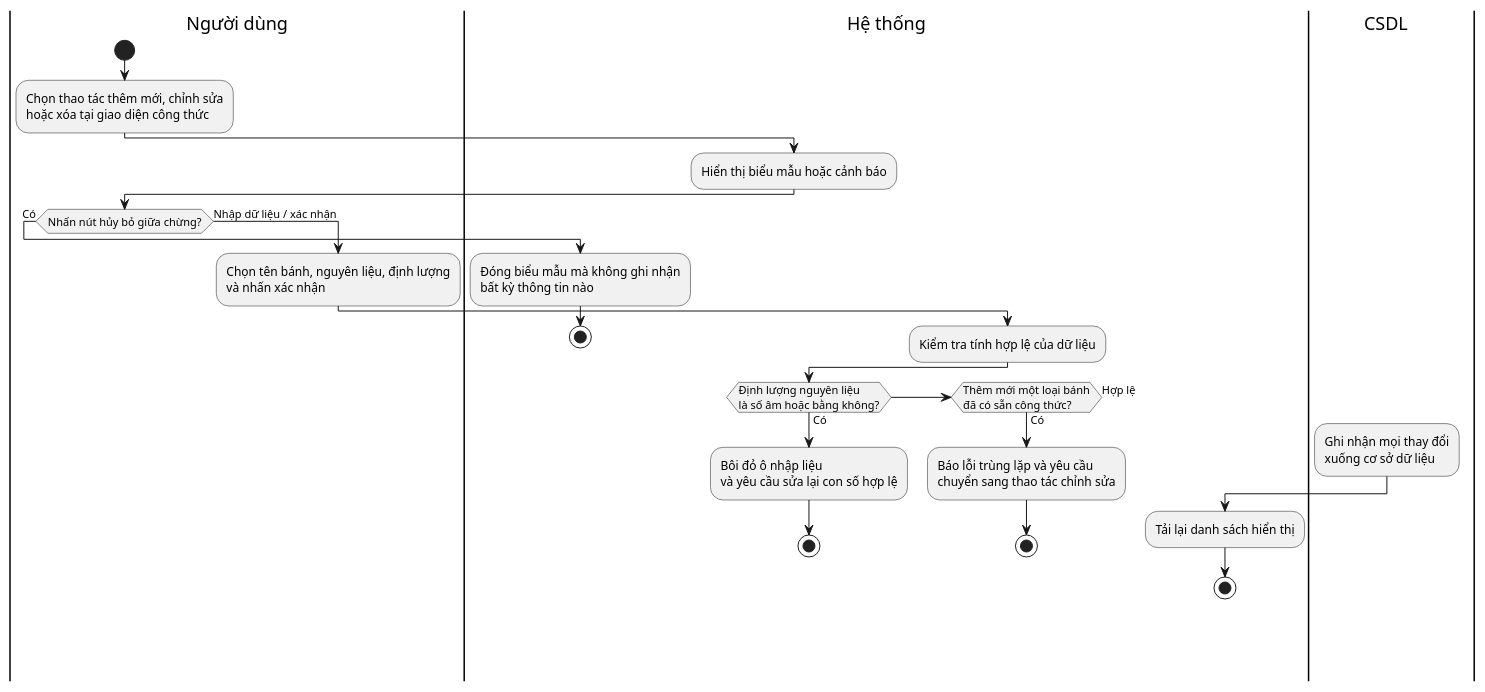
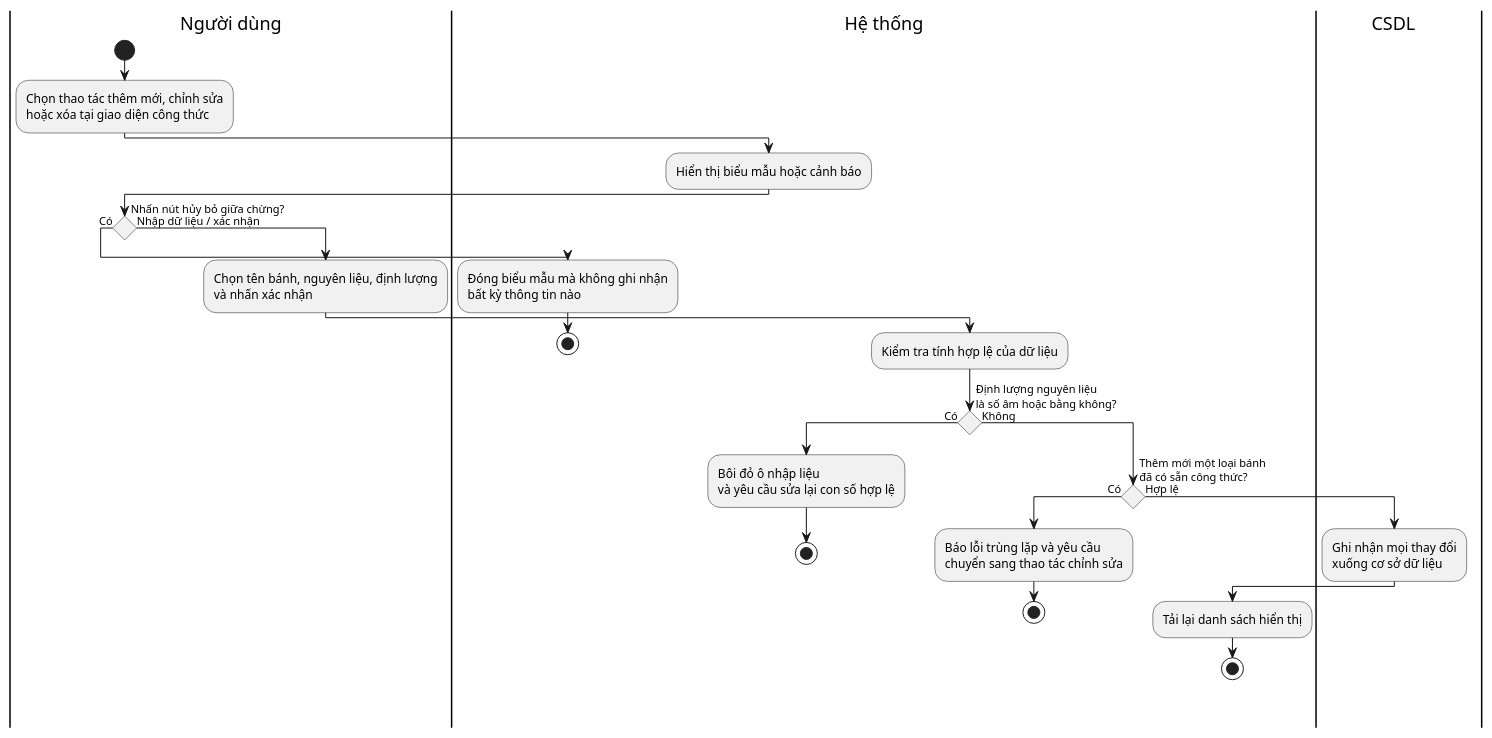
The diagram in activity_diagrams/20_ThemXoaSuaCongThuc.puml (lancelotviendangkhoa710/IS-System-Development), drawn with PlantUML before and after one commit. The commit also changed 44 other files, not shown here.

```diff
--- a/activity_diagrams/20_ThemXoaSuaCongThuc.puml
+++ b/activity_diagrams/20_ThemXoaSuaCongThuc.puml
@@ -1,41 +1,45 @@
 @startuml
+skinparam conditionStyle diamond
 skinparam ranksep 80
 skinparam swimlaneWidth 140
 skinparam shadowing false
 skinparam ActivityShape rounded
 skinparam linetype ortho
 
 |Người dùng|
 |Hệ thống|
 |CSDL|
 
 |Người dùng|
 start
 :Chọn thao tác thêm mới, chỉnh sửa\nhoặc xóa tại giao diện công thức;
 |Hệ thống|
 :Hiển thị biểu mẫu hoặc cảnh báo;
 |Người dùng|
 if (Nhấn nút hủy bỏ giữa chừng?) then (Có)
   |Hệ thống|
   :Đóng biểu mẫu mà không ghi nhận\nbất kỳ thông tin nào;
   stop
 else (Nhập dữ liệu / xác nhận)
   |Người dùng|
   :Chọn tên bánh, nguyên liệu, định lượng\nvà nhấn xác nhận;
   |Hệ thống|
   :Kiểm tra tính hợp lệ của dữ liệu;
+  
   if (Định lượng nguyên liệu\nlà số âm hoặc bằng không?) then (Có)
     :Bôi đỏ ô nhập liệu\nvà yêu cầu sửa lại con số hợp lệ;
     stop
-  elseif (Thêm mới một loại bánh\nđã có sẵn công thức?) then (Có)
-    :Báo lỗi trùng lặp và yêu cầu\nchuyển sang thao tác chỉnh sửa;
-    stop
-  else (Hợp lệ)
-    |CSDL|
-    :Ghi nhận mọi thay đổi\nxuống cơ sở dữ liệu;
-    |Hệ thống|
-    :Tải lại danh sách hiển thị;
-    stop
+  else (Không)
+    if (Thêm mới một loại bánh\nđã có sẵn công thức?) then (Có)
+      :Báo lỗi trùng lặp và yêu cầu\nchuyển sang thao tác chỉnh sửa;
+      stop
+    else (Hợp lệ)
+      |CSDL|
+      :Ghi nhận mọi thay đổi\nxuống cơ sở dữ liệu;
+      |Hệ thống|
+      :Tải lại danh sách hiển thị;
+      stop
+    endif
   endif
 endif
 @enduml
```
